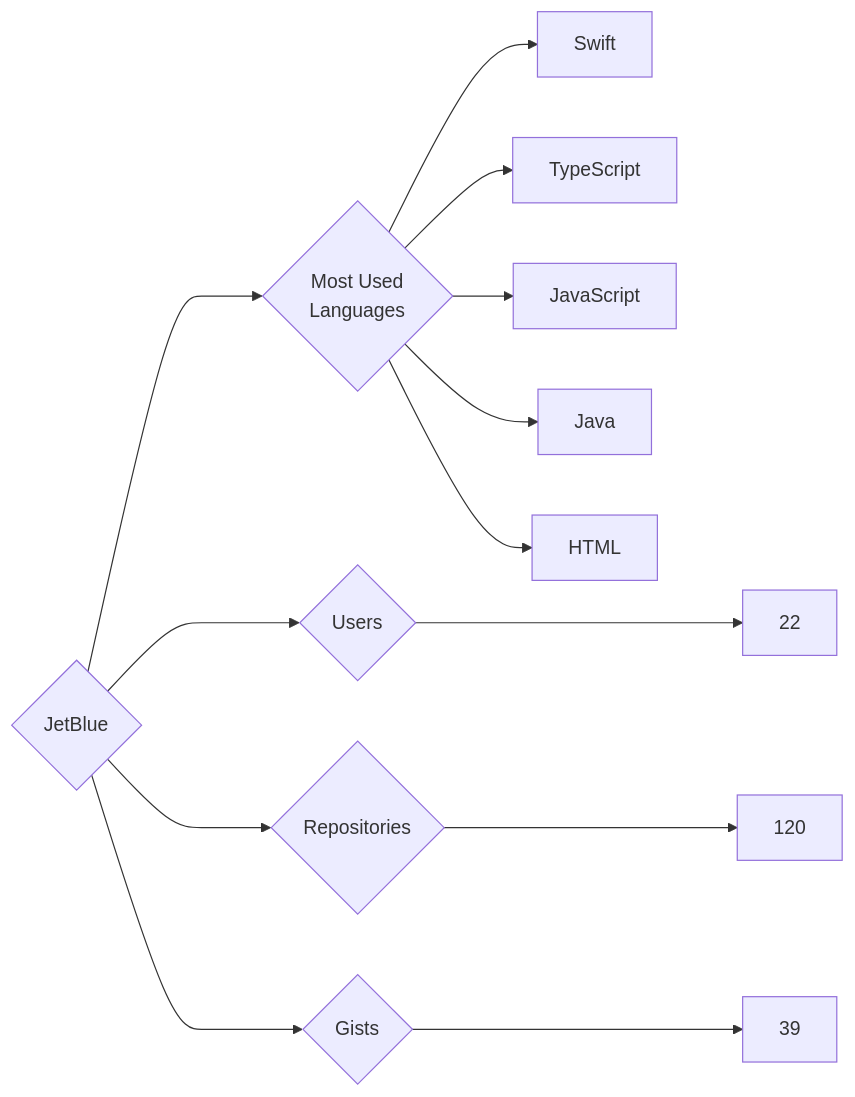
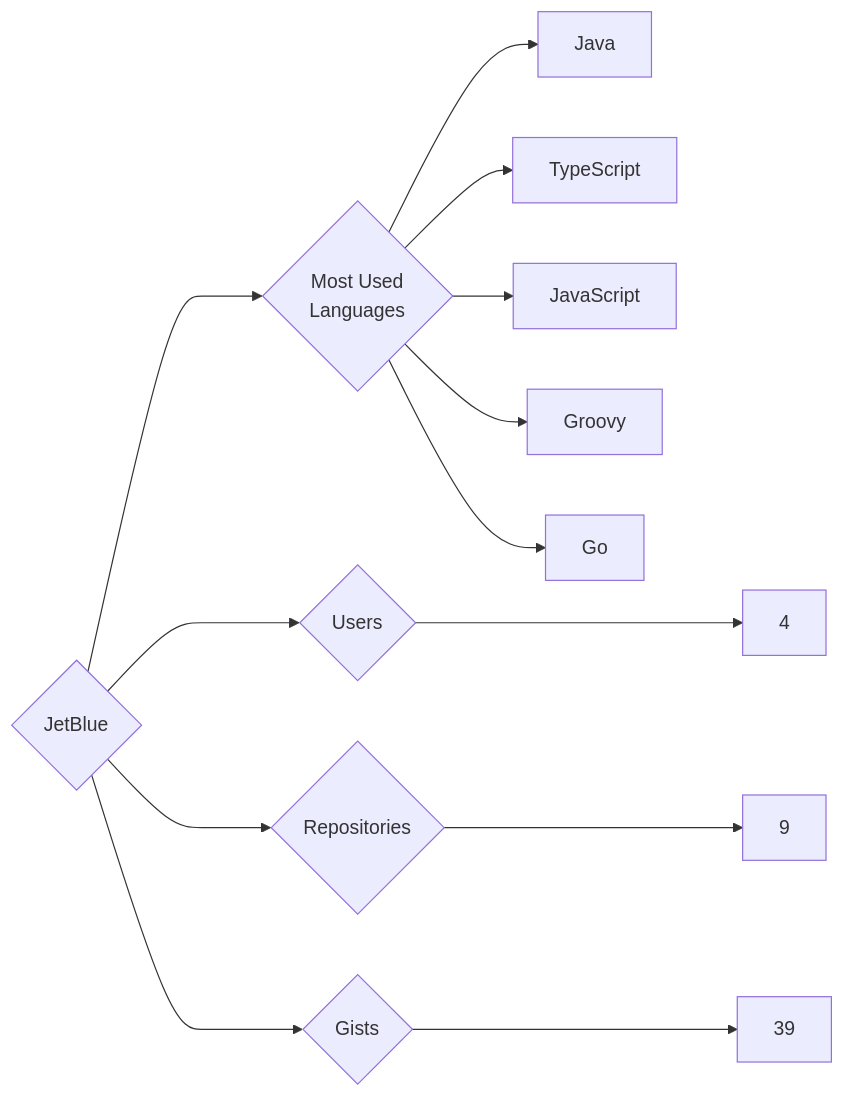
One commit to trickest/insiders changed the diagram in targets/JetBlue/README.md. Above: the diagram before and after it, drawn with Mermaid. The commit also changed 569 other files, not shown here.

````diff
--- a/targets/JetBlue/README.md
+++ b/targets/JetBlue/README.md
@@ -3,13 +3,13 @@
 ```mermaid
 graph LR
 COMPANY_NAME{JetBlue}
-COMPANY_NAME ---> U{Users} ---> UN[22]
-COMPANY_NAME ---> R{Repositories} ---> RN[120]
+COMPANY_NAME ---> U{Users} ---> UN[4]
+COMPANY_NAME ---> R{Repositories} ---> RN[9]
 COMPANY_NAME ---> G{Gists} ---> GN[39]
 COMPANY_NAME ---> ML{Most Used<br>Languages}
-ML --> Swift[Swift]
+ML --> Java[Java]
 ML --> TypeScript[TypeScript]
 ML --> JavaScript[JavaScript]
-ML --> Java[Java]
-ML --> HTML[HTML]
+ML --> Groovy[Groovy]
+ML --> Go[Go]
 ```
````
